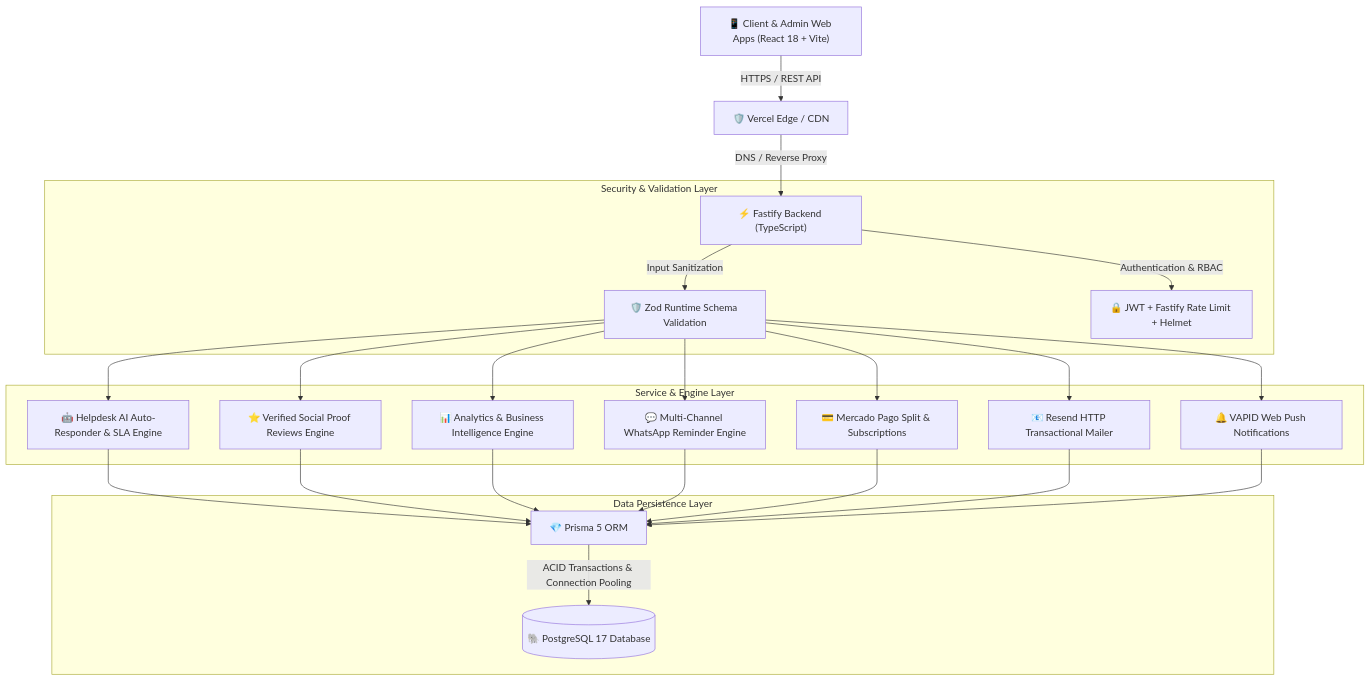
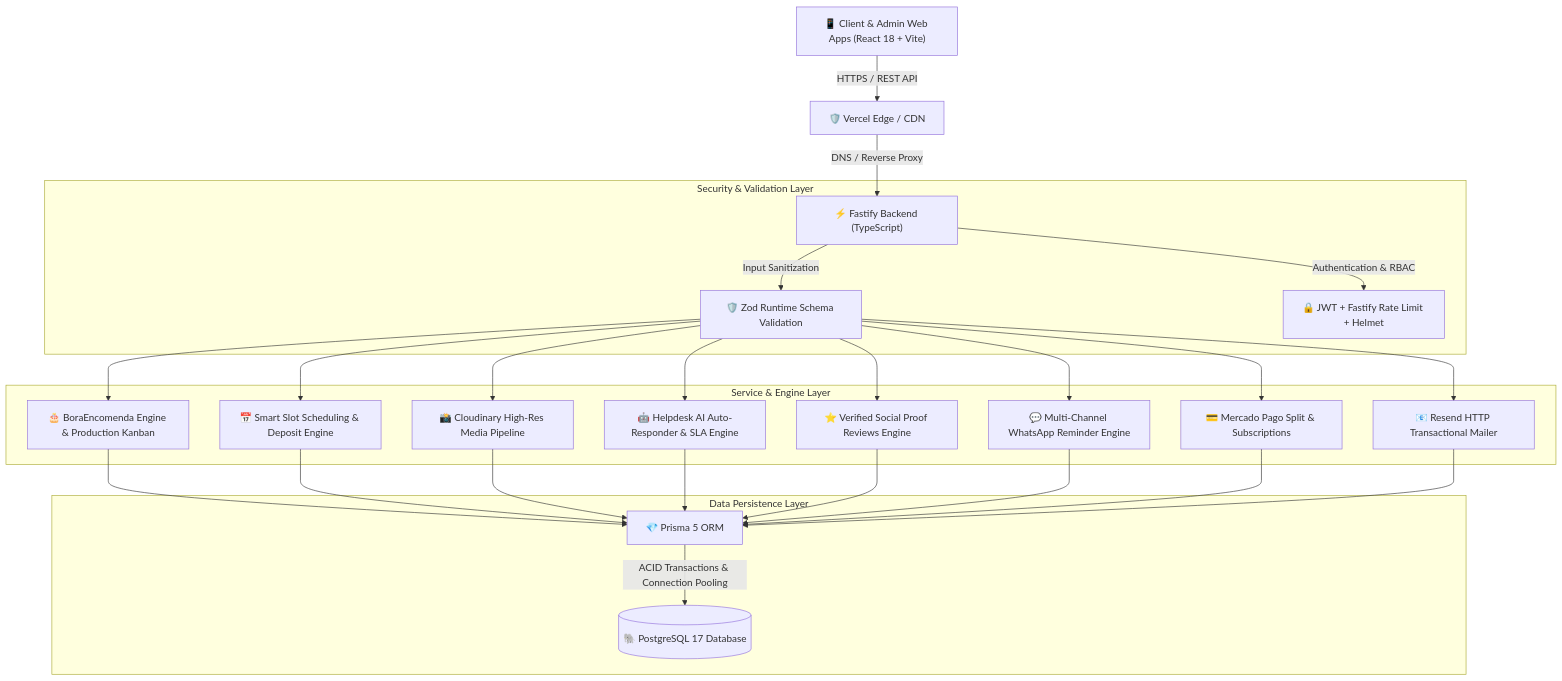
Before and after one commit to thevigillant/boramarka: the diagram in README.md, drawn with Mermaid. The commit also changed other lines of this file and 34 other files, not shown here.

Commit message:
feat: BoraEncomenda module, high-res photos, business scope segregation, changelog and localhost dev mode

````diff
--- a/README.md
+++ b/README.md
@@ -33,25 +34,26 @@
 ```mermaid
 graph TD
     Client["📱 Client & Admin Web Apps (React 18 + Vite)"] -->|HTTPS / REST API| Edge["🛡️ Vercel Edge / CDN"]
     Edge -->|DNS / Reverse Proxy| Server["⚡ Fastify Backend (TypeScript)"]
     
     subgraph Security & Validation Layer
         Server -->|Input Sanitization| Zod["🛡️ Zod Runtime Schema Validation"]
         Server -->|Authentication & RBAC| JWT["🔒 JWT + Fastify Rate Limit + Helmet"]
     end
 
     subgraph Service & Engine Layer
+        Zod --> Encomenda["🎂 BoraEncomenda Engine & Production Kanban"]
+        Zod --> Scheduling["📅 Smart Slot Scheduling & Deposit Engine"]
+        Zod --> Upload["📸 Cloudinary High-Res Media Pipeline"]
         Zod --> Bot["🤖 Helpdesk AI Auto-Responder & SLA Engine"]
         Zod --> Reviews["⭐ Verified Social Proof Reviews Engine"]
-        Zod --> Analytics["📊 Analytics & Business Intelligence Engine"]
         Zod --> WA["💬 Multi-Channel WhatsApp Reminder Engine"]
         Zod --> MP["💳 Mercado Pago Split & Subscriptions"]
         Zod --> Email["📧 Resend HTTP Transactional Mailer"]
-        Zod --> Push["🔔 VAPID Web Push Notifications"]
     end
     
     subgraph Data Persistence Layer
-        Bot & Reviews & Analytics & WA & MP & Email & Push --> Prisma["💎 Prisma 5 ORM"]
+        Encomenda & Scheduling & Upload & Bot & Reviews & WA & MP & Email --> Prisma["💎 Prisma 5 ORM"]
         Prisma -->|ACID Transactions & Connection Pooling| DB[("🐘 PostgreSQL 17 Database")]
     end
 ```
````
